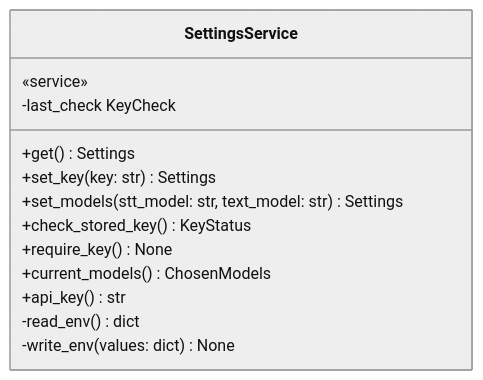
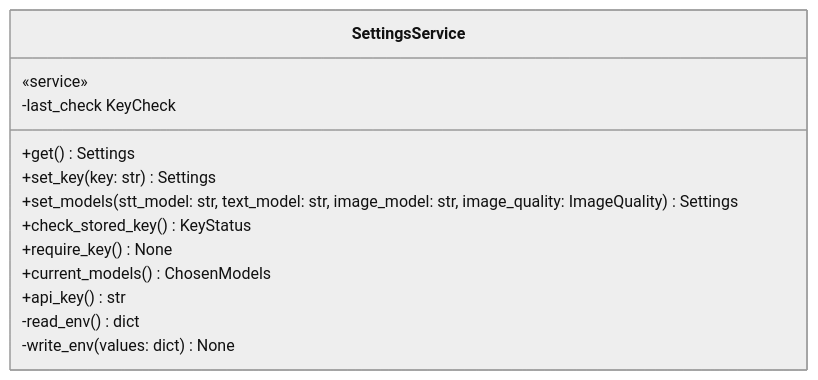
Diagram 20 of 20 in docs/specs/06-DOM/VA-DOM-002.md (HoyoungParkme/video-agent), drawn with Mermaid (neutral theme) before and after one commit. The commit also changed other lines of this file, not shown here.

````diff
--- a/docs/specs/06-DOM/VA-DOM-002.md
+++ b/docs/specs/06-DOM/VA-DOM-002.md
@@ -939,16 +1112,16 @@
 ```mermaid
 classDiagram
     class SettingsService {
         «service»
         +get() Settings
         +set_key(key: str) Settings
-        +set_models(stt_model: str, text_model: str) Settings
+        +set_models(stt_model: str, text_model: str, image_model: str, image_quality: ImageQuality) Settings
         +check_stored_key() KeyStatus
         +require_key() None
         +current_models() ChosenModels
         +api_key() str
         -read_env() dict
         -write_env(values: dict) None
         -last_check KeyCheck
     }
 ```
````
